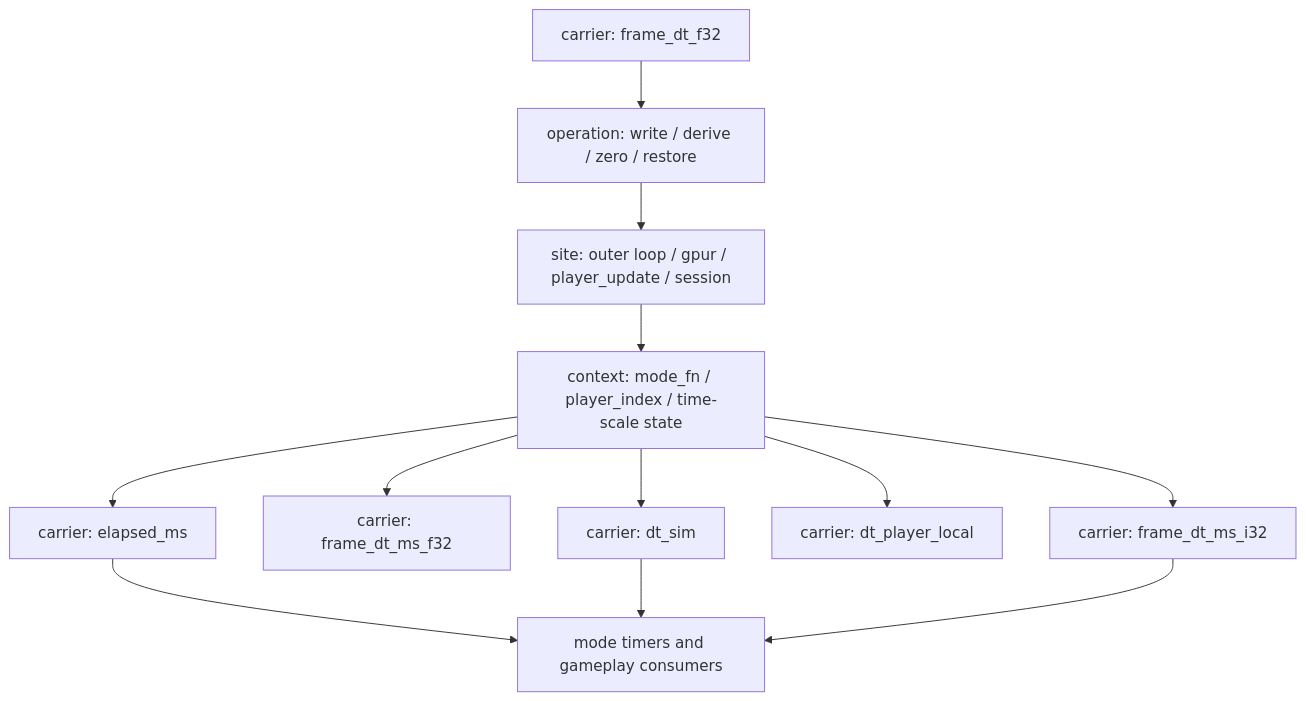
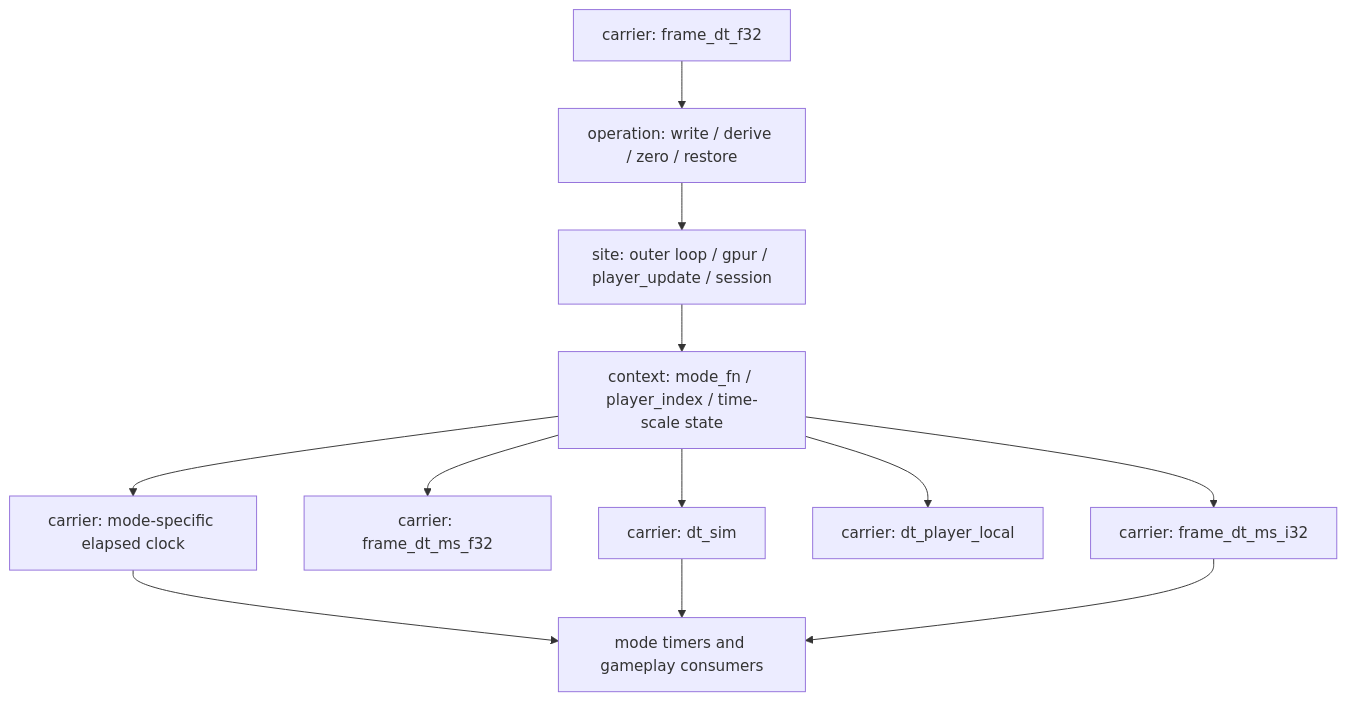
The fourth of 4 diagrams in TIMING_SAMPLES_MEMO.md (banteg/crimson), drawn with Mermaid before and after one commit. The commit also changed other lines of this file and 38 other files, not shown here.

````diff
--- a/TIMING_SAMPLES_MEMO.md
+++ b/TIMING_SAMPLES_MEMO.md
@@ -274,15 +283,15 @@
 ```mermaid
 flowchart TD
     A[carrier: frame_dt_f32] --> B[operation: write / derive / zero / restore]
     B --> C[site: outer loop / gpur / player_update / session]
     C --> D[context: mode_fn / player_index / time-scale state]
     D --> E[carrier: frame_dt_ms_i32]
     D --> F[carrier: frame_dt_ms_f32]
     D --> G[carrier: dt_sim]
     D --> H[carrier: dt_player_local]
-    D --> I[carrier: elapsed_ms]
+    D --> I[carrier: mode-specific elapsed clock]
 
     I --> J[mode timers and gameplay consumers]
     G --> J
     E --> J
 ```
````
